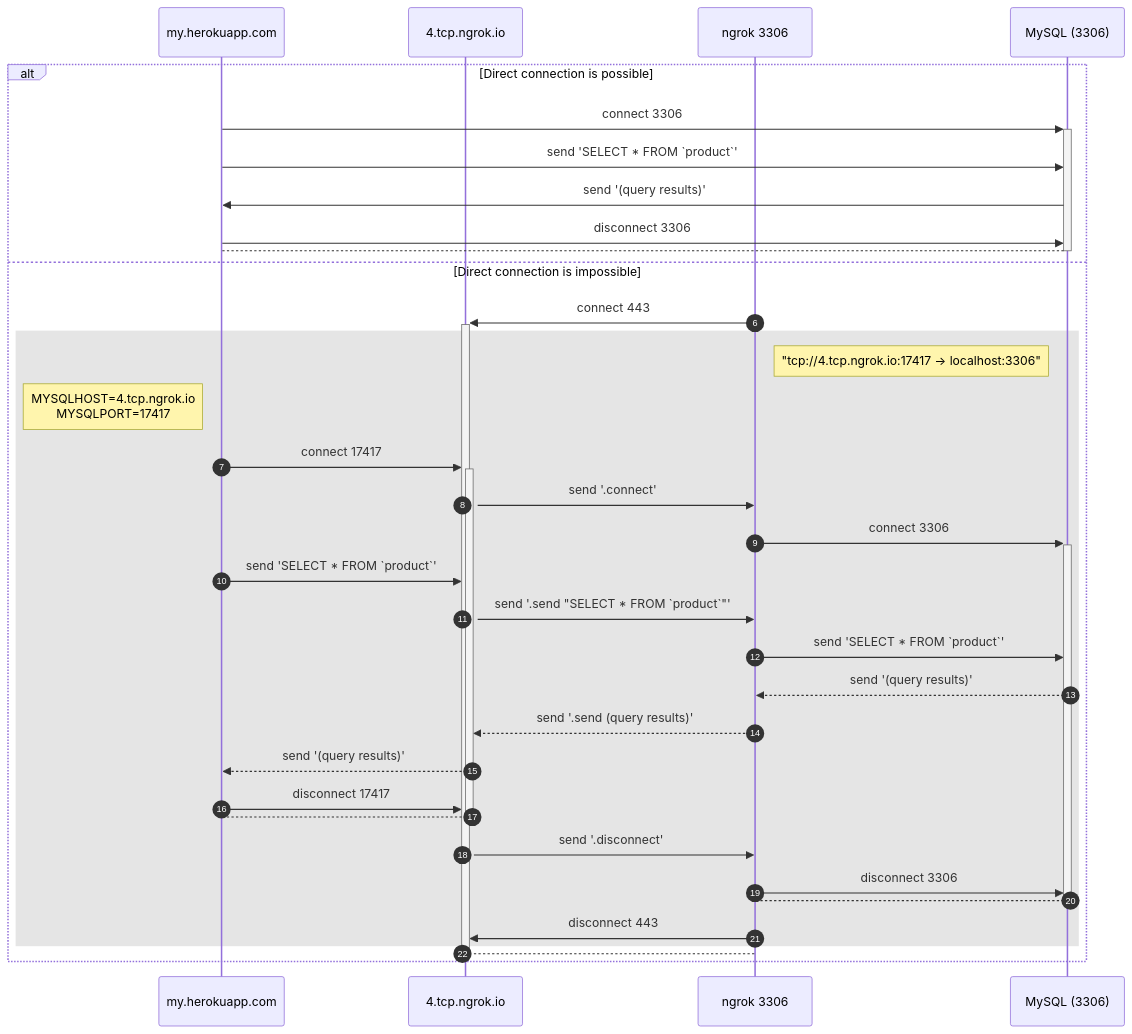
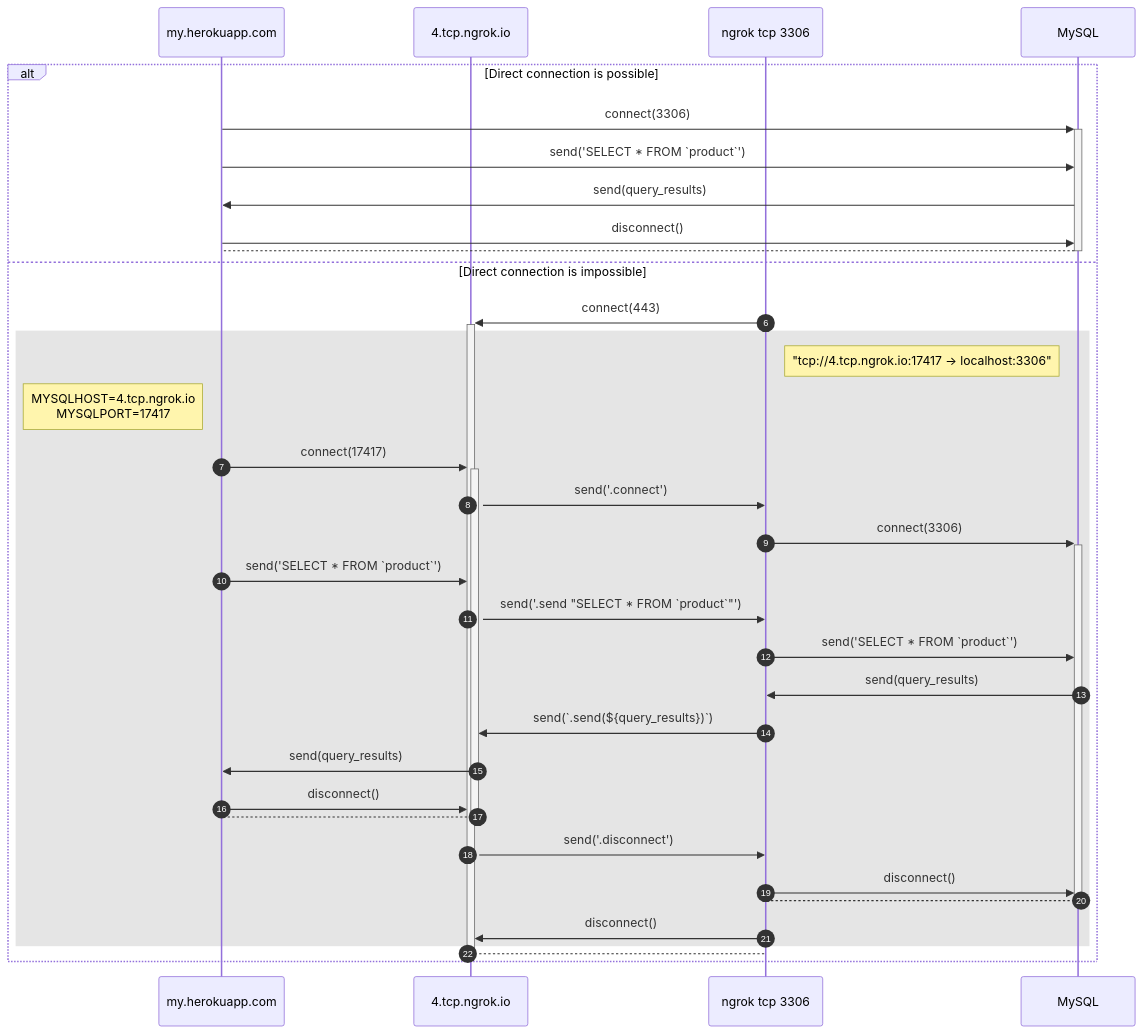
Before and after one commit to roninbar/ip-tcp-http: the diagram in ngrok.md, drawn with Mermaid.

Commit message:
Write TCP operations as function calls.

````diff
--- a/ngrok.md
+++ b/ngrok.md
@@ -1,37 +1,37 @@
 ```mermaid
 sequenceDiagram
 participant heroku as my.herokuapp.com
 participant ngrokio as 4.tcp.ngrok.io
-participant ngrok as ngrok 3306
-participant mysql as MySQL (3306)
+participant ngrok as ngrok tcp 3306
+participant mysql as MySQL
 alt Direct connection is possible
-heroku->>+mysql: connect 3306
-heroku->>mysql: send 'SELECT * FROM `product`'
-mysql->>heroku: send '(query results)'
-heroku->>mysql: disconnect 3306
+heroku->>+mysql: connect(3306)
+heroku->>mysql: send('SELECT * FROM `product`')
+mysql->>heroku: send(query_results)
+heroku->>mysql: disconnect()
 mysql-->-heroku: 
 else Direct connection is impossible
 autonumber
-ngrok->>+ngrokio: connect 443
+ngrok->>+ngrokio: connect(443)
 rect rgba(0, 0, 0, 0.1)
 Note right of ngrok: "tcp://4.tcp.ngrok.io:17417 -> localhost:3306"
 Note left of heroku: MYSQLHOST=4.tcp.ngrok.io <br/> MYSQLPORT=17417
-heroku->>+ngrokio: connect 17417
-ngrokio->>ngrok: send '.connect'
-ngrok->>+mysql: connect 3306
-heroku->>ngrokio: send 'SELECT * FROM `product`'
-ngrokio->>ngrok: send '.send "SELECT * FROM `product`"'
-ngrok->>mysql: send 'SELECT * FROM `product`'
-mysql-->>ngrok: send '(query results)'
-ngrok-->>ngrokio: send '.send (query results)'
-ngrokio-->>heroku: send '(query results)'
-heroku->>ngrokio: disconnect 17417
+heroku->>+ngrokio: connect(17417)
+ngrokio->>ngrok: send('.connect')
+ngrok->>+mysql: connect(3306)
+heroku->>ngrokio: send('SELECT * FROM `product`')
+ngrokio->>ngrok: send('.send "SELECT * FROM `product`"')
+ngrok->>mysql: send('SELECT * FROM `product`')
+mysql->>ngrok: send(query_results)
+ngrok->>ngrokio: send(`.send(${query_results})`)
+ngrokio->>heroku: send(query_results)
+heroku->>ngrokio: disconnect()
 ngrokio-->-heroku: 
-ngrokio->>ngrok: send '.disconnect'
-ngrok->>mysql: disconnect 3306
+ngrokio->>ngrok: send('.disconnect')
+ngrok->>mysql: disconnect()
 mysql-->-ngrok: 
-ngrok->>ngrokio: disconnect 443
+ngrok->>ngrokio: disconnect()
 end
 ngrokio-->-ngrok: 
 end
 ```
````
